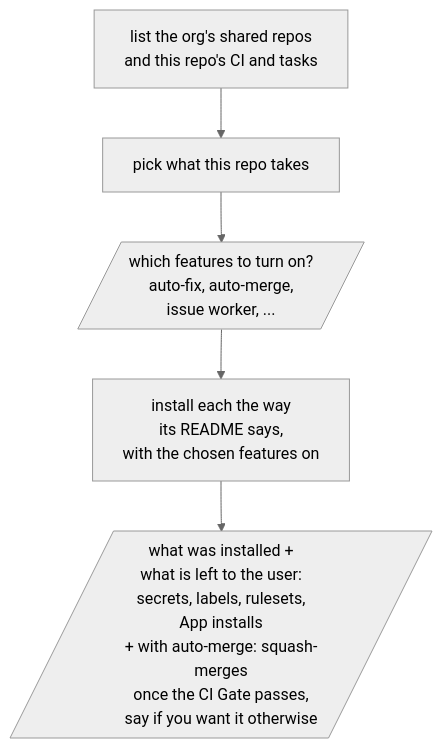
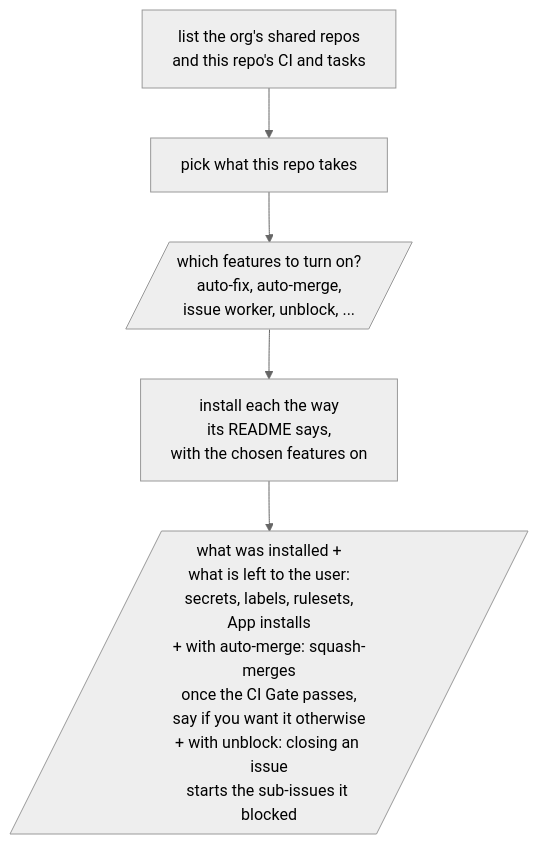
The diagram in shared/skills/automation/README.md (omni-stove/skill-kit), drawn with Mermaid (neutral theme) before and after one commit. The commit also changed 2 other files, not shown here.

Commit message:
Have automation set up the shared unblock workflow: with unblock on, next.txt adds the org's PR-opening Apps to issue-worker.yml's allowed-bots (and to allowed-users as <app>[bot] where set), since the agent App adds unblock's labels and the worker ignores a bot it does not list, and tells the user that closing an issue labels each sub-issue it blocked whose blockers all closed as completed; the READMEs show unblock among the features asked and what the user gets with it
Claude-Session: https://claude.ai/code/session_0118w5k5UGmEHsf8ktoNuC9Y

````diff
--- a/shared/skills/automation/README.md
+++ b/shared/skills/automation/README.md
@@ -3,8 +3,8 @@
 ```mermaid
 flowchart TD
   list[list the org's shared repos<br/>and this repo's CI and tasks]
   list --> pick[pick what this repo takes]
-  pick --> ask[/"which features to turn on?<br/>auto-fix, auto-merge,<br/>issue worker, ..."/]
+  pick --> ask[/"which features to turn on?<br/>auto-fix, auto-merge,<br/>issue worker, unblock, ..."/]
   ask --> install[install each the way<br/>its README says,<br/>with the chosen features on]
-  install --> done[/"what was installed +<br/>what is left to the user:<br/>secrets, labels, rulesets,<br/>App installs<br/>+ with auto-merge: squash-merges<br/>once the CI Gate passes,<br/>say if you want it otherwise"/]
+  install --> done[/"what was installed +<br/>what is left to the user:<br/>secrets, labels, rulesets,<br/>App installs<br/>+ with auto-merge: squash-merges<br/>once the CI Gate passes,<br/>say if you want it otherwise<br/>+ with unblock: closing an issue<br/>starts the sub-issues it blocked"/]
 ```
````
